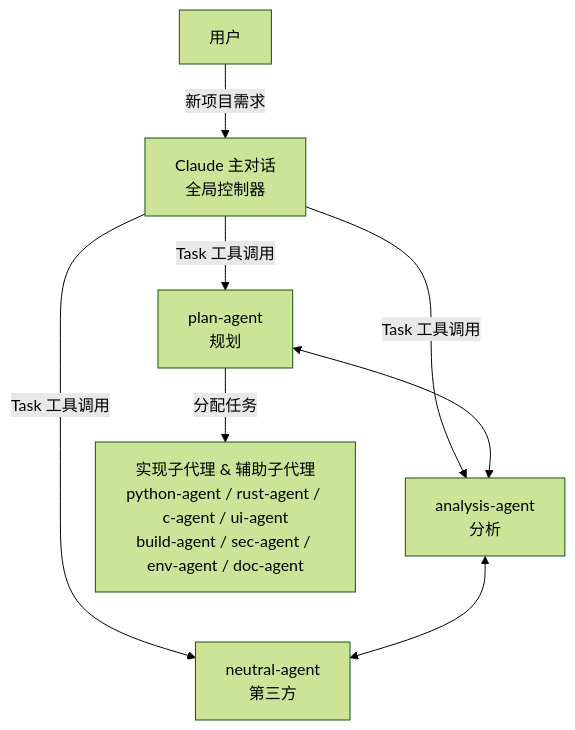
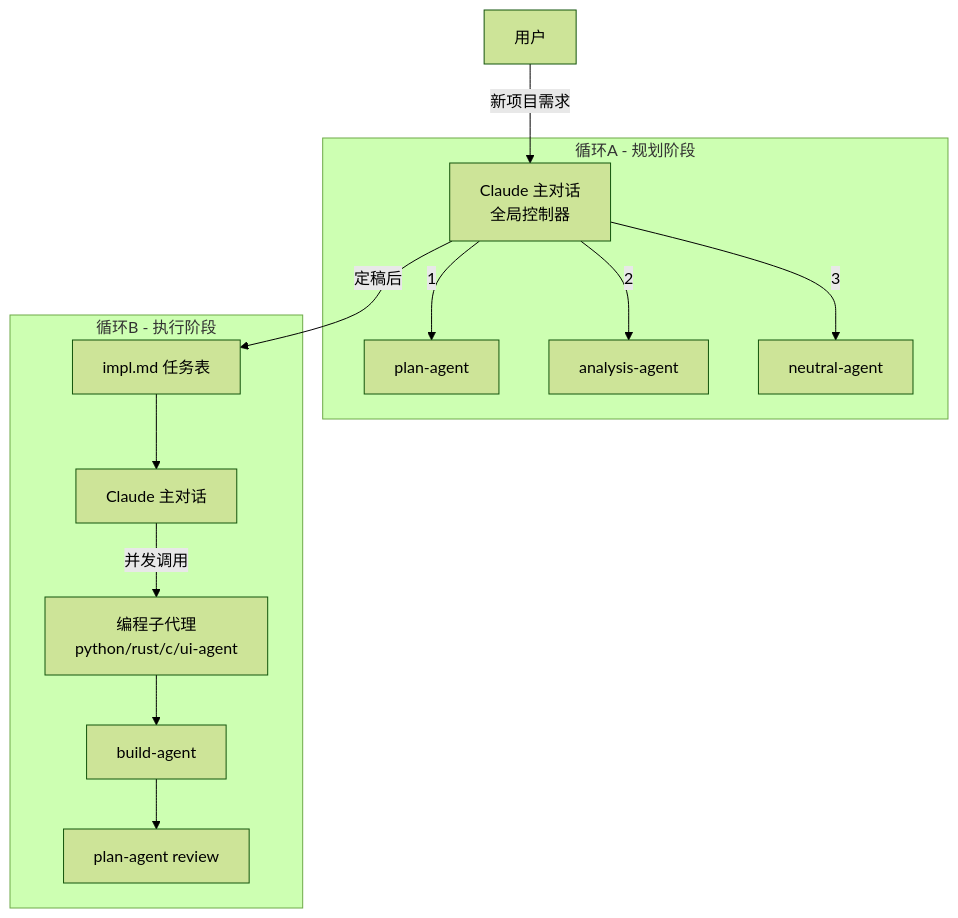
The diagram in ARCHITECTURE.md (user-no-found/ai-synergy), drawn with Mermaid (forest theme) before and after one commit. The commit also changed 1 other file, not shown here.

Commit message:
优化架构图：体现双循环工作流

````diff
--- a/ARCHITECTURE.md
+++ b/ARCHITECTURE.md
@@ -7,9 +7,19 @@
 ```mermaid
 flowchart TB
     User[用户] -->|新项目需求| Main[Claude 主对话<br/>全局控制器]
-    Main -->|Task 工具调用| PA[plan-agent<br/>规划]
-    Main -->|Task 工具调用| AA[analysis-agent<br/>分析]
-    Main -->|Task 工具调用| NA[neutral-agent<br/>第三方]
-    PA <--> AA <--> NA
-    PA -->|分配任务| Impl[实现子代理 & 辅助子代理<br/>python-agent / rust-agent / c-agent / ui-agent<br/>build-agent / sec-agent / env-agent / doc-agent]
+
+    subgraph LoopA[循环A - 规划阶段]
+        Main -->|1| PA[plan-agent]
+        Main -->|2| AA[analysis-agent]
+        Main -->|3| NA[neutral-agent]
+    end
+
+    Main -->|定稿后| Impl[impl.md 任务表]
+
+    subgraph LoopB[循环B - 执行阶段]
+        Impl --> Main2[Claude 主对话]
+        Main2 -->|并发调用| Code[编程子代理<br/>python/rust/c/ui-agent]
+        Code --> Build[build-agent]
+        Build --> Review[plan-agent review]
+    end
 ```
````
